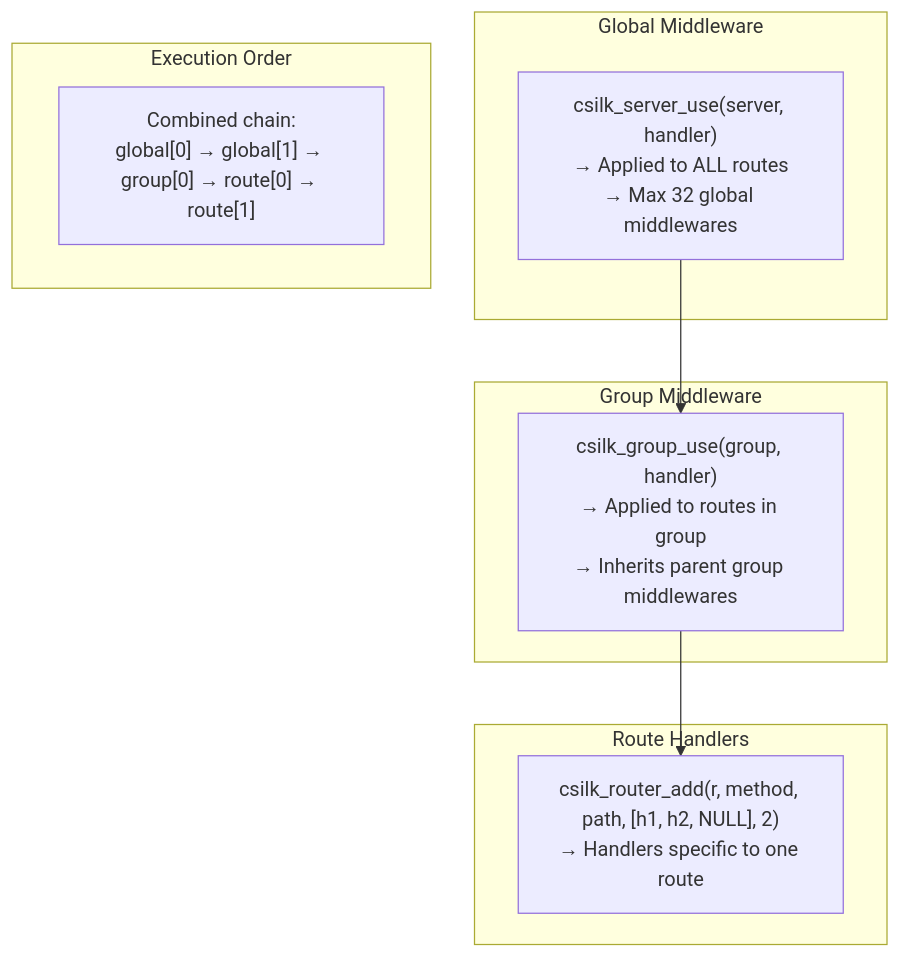
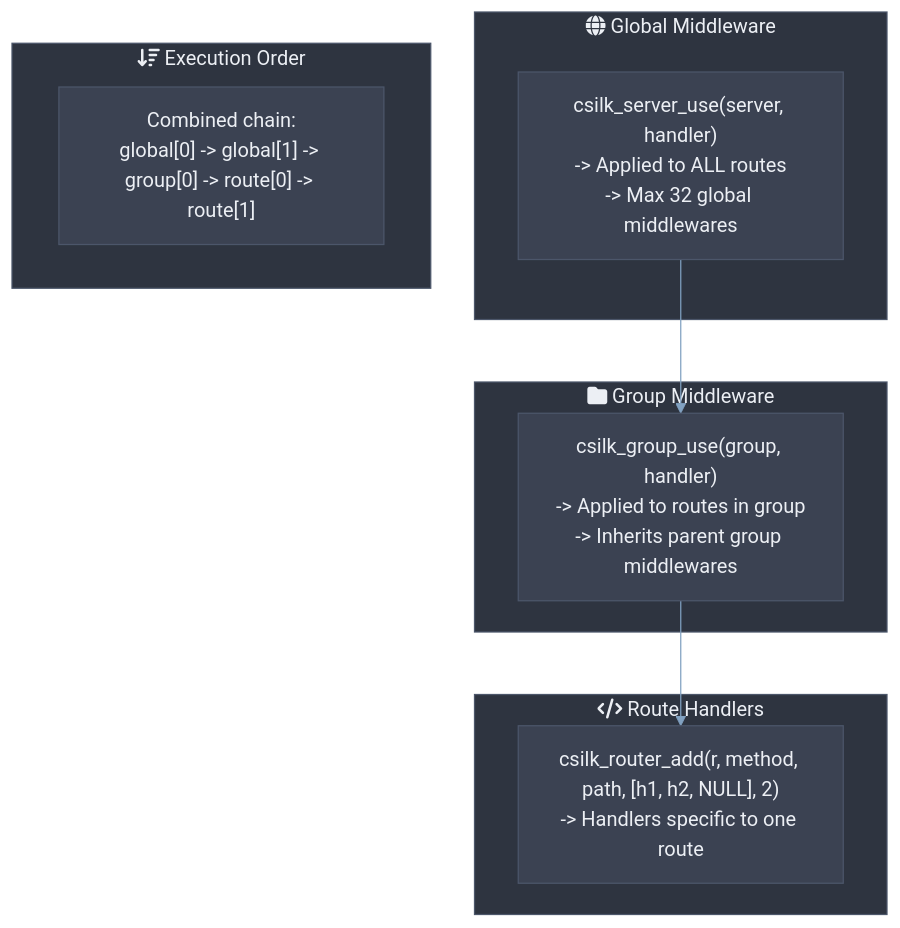
Before and after one commit to quintin-lee/csilk: the second of 4 diagrams in docs/user-manual/middleware-dev.md, drawn with Mermaid. The commit also changed other lines of this file and 30 other files, not shown here.

Commit message:
docs(docs): 📝 apply Nord Mermaid theme, RFC 2119 keywords, and quantified metrics to all docs

````diff
--- a/docs/user-manual/middleware-dev.md
+++ b/docs/user-manual/middleware-dev.md
@@ -148,20 +149,21 @@
 ```mermaid
+%%{init: {'theme': 'base', 'themeVariables': {'background': '#2E3440','primaryColor':'#81A1C1','primaryBorderColor':'#4C566A','primaryTextColor':'#ECEFF4','secondaryColor':'#3B4252','secondaryBorderColor':'#434C5E','secondaryTextColor':'#D8DEE9','lineColor':'#81A1C1','textColor':'#ECEFF4','mainBkg':'#3B4252','nodeBorder':'#4C566A','clusterBkg':'#2E3440','clusterBorder':'#4C566A','titleColor':'#ECEFF4','edgeLabelBackground':'#3B4252','nodeTextColor':'#ECEFF4'}, 'flowchart': {'htmlLabels': true, 'curve': 'basis'}}}%%
 flowchart TB
-    subgraph "Global Middleware"
-        G["csilk_server_use(server, handler)\n→ Applied to ALL routes\n→ Max 32 global middlewares"]
+    subgraph Global_MW["fa:fa-globe Global Middleware"]
+        G["csilk_server_use(server, handler)<br/>-&gt; Applied to ALL routes<br/>-&gt; Max 32 global middlewares"]
     end
 
-    subgraph "Group Middleware"
-        GRP["csilk_group_use(group, handler)\n→ Applied to routes in group\n→ Inherits parent group middlewares"]
+    subgraph Group_MW["fa:fa-folder Group Middleware"]
+        GRP["csilk_group_use(group, handler)<br/>-&gt; Applied to routes in group<br/>-&gt; Inherits parent group middlewares"]
     end
 
-    subgraph "Route Handlers"
-        R["csilk_router_add(r, method, path, [h1, h2, NULL], 2)\n→ Handlers specific to one route"]
+    subgraph Route_H["fa:fa-code Route Handlers"]
+        R["csilk_router_add(r, method, path, [h1, h2, NULL], 2)<br/>-&gt; Handlers specific to one route"]
     end
 
-    subgraph "Execution Order"
+    subgraph Exec_Order["fa:fa-sort-amount-asc Execution Order"]
         G --> GRP
         GRP --> R
-        Note["Combined chain:\nglobal[0] → global[1] → group[0] → route[0] → route[1]"]
+        Note["Combined chain:<br/>global[0] -&gt; global[1] -&gt; group[0] -&gt; route[0] -&gt; route[1]"]
     end
 ```
````
